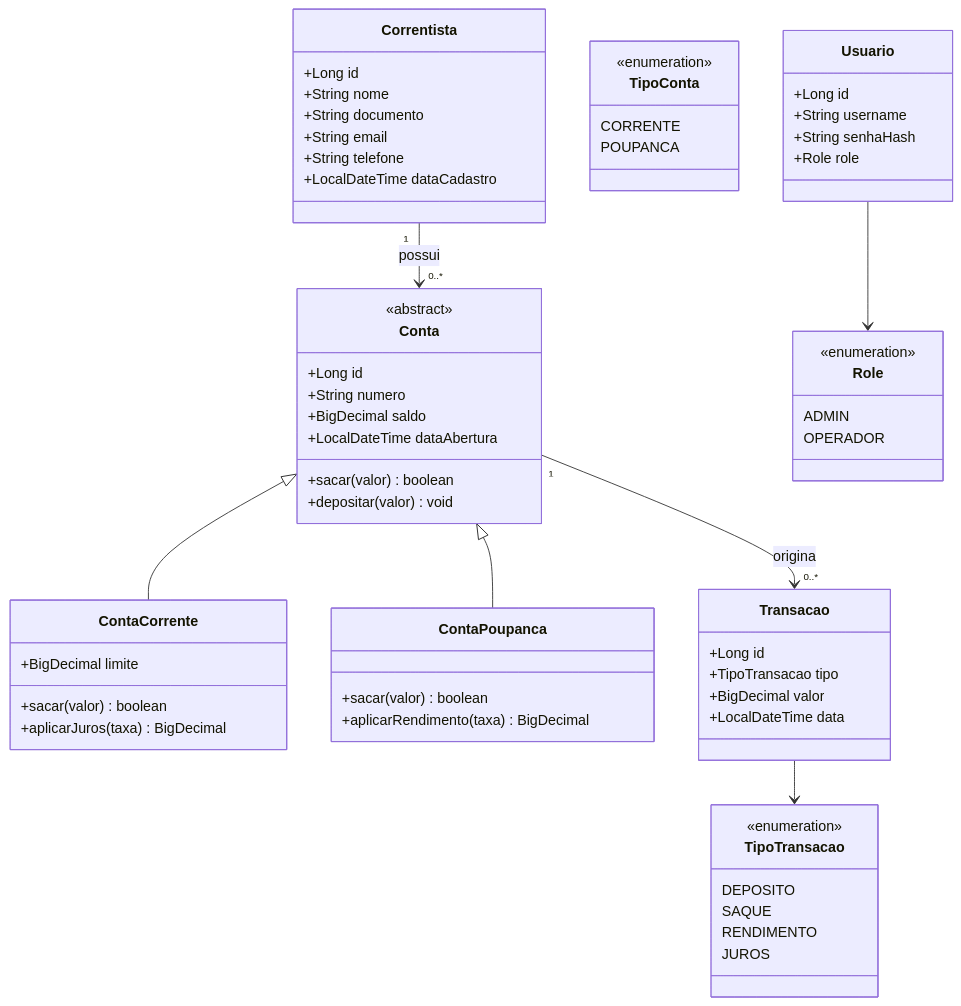
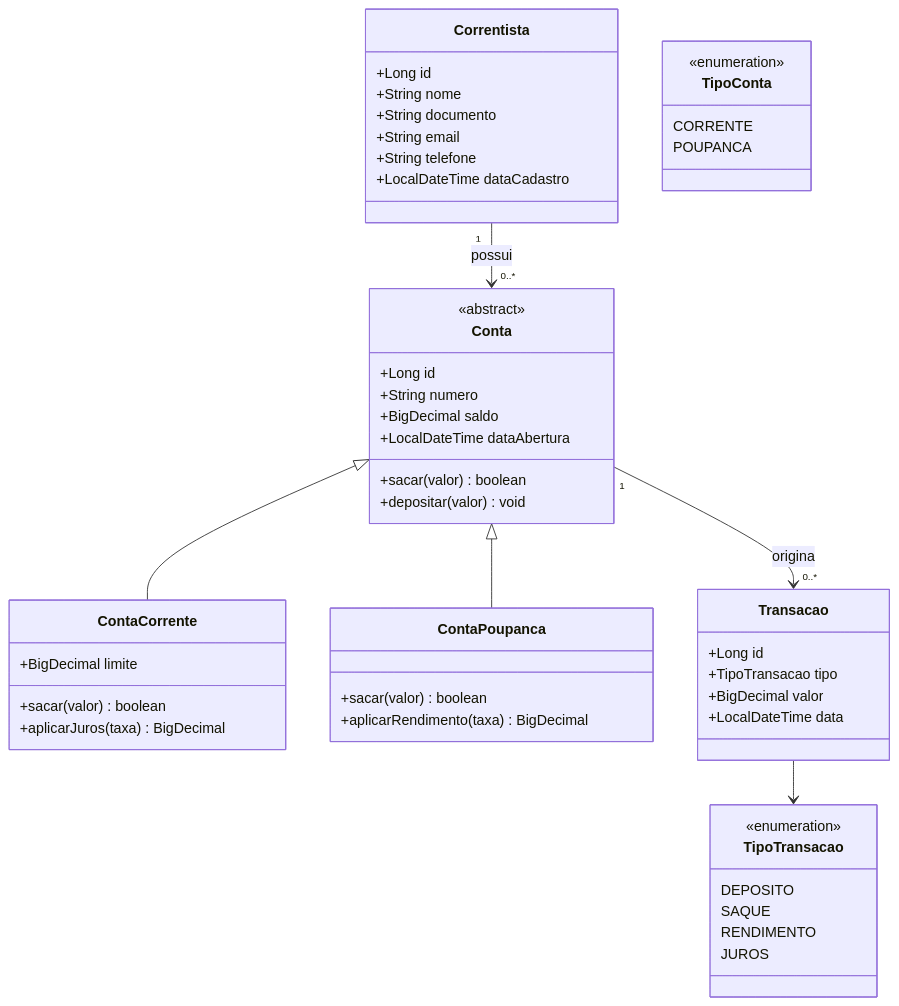
The diagram in docs/03-modelagem-dominio.md (victornbjj/sistema-bancario), drawn with Mermaid before and after one commit. The commit also changed other lines of this file and 8 other files, not shown here.

````diff
--- a/docs/03-modelagem-dominio.md
+++ b/docs/03-modelagem-dominio.md
@@ -5,73 +5,59 @@
 ```mermaid
 classDiagram
     class Correntista {
         +Long id
         +String nome
         +String documento
         +String email
         +String telefone
         +LocalDateTime dataCadastro
     }
 
     class Conta {
         <<abstract>>
         +Long id
         +String numero
         +BigDecimal saldo
         +LocalDateTime dataAbertura
         +sacar(valor) boolean
         +depositar(valor) void
     }
 
     class ContaCorrente {
         +BigDecimal limite
         +sacar(valor) boolean
         +aplicarJuros(taxa) BigDecimal
     }
 
     class ContaPoupanca {
         +sacar(valor) boolean
         +aplicarRendimento(taxa) BigDecimal
     }
 
     class Transacao {
         +Long id
         +TipoTransacao tipo
         +BigDecimal valor
         +LocalDateTime data
     }
 
     class TipoTransacao {
         <<enumeration>>
         DEPOSITO
         SAQUE
         RENDIMENTO
         JUROS
     }
 
     class TipoConta {
         <<enumeration>>
         CORRENTE
         POUPANCA
     }
 
-    class Usuario {
-        +Long id
-        +String username
-        +String senhaHash
-        +Role role
-    }
-
-    class Role {
-        <<enumeration>>
-        ADMIN
-        OPERADOR
-    }
-
     Correntista "1" --> "0..*" Conta : possui
     Conta <|-- ContaCorrente
     Conta <|-- ContaPoupanca
     Conta "1" --> "0..*" Transacao : origina
     Transacao --> TipoTransacao
-    Usuario --> Role
 ```
````
